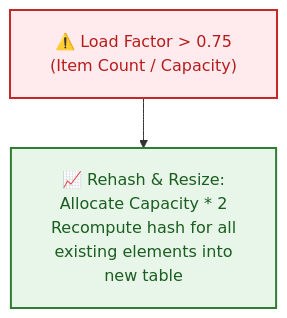
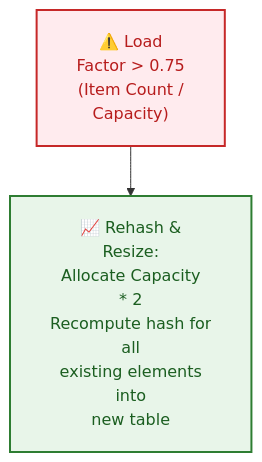
The sixth of 7 diagrams in week_03_foundations_iii_sorting_and_hashing/Week_03_Visual_Concepts_Playbook_HYBRID.md (dip4k/DSA_102), drawn with Mermaid before and after one commit. The commit also changed other lines of this file and 106 other files, not shown here.

First line of the commit message:
fix(mermaid): prevent text clipping with foreignObject overflow and tighter line wrapping

````diff
--- a/week_03_foundations_iii_sorting_and_hashing/Week_03_Visual_Concepts_Playbook_HYBRID.md
+++ b/week_03_foundations_iii_sorting_and_hashing/Week_03_Visual_Concepts_Playbook_HYBRID.md
@@ -488,11 +488,11 @@
 ```mermaid
-%%{init: {"flowchart": {"htmlLabels": true, "padding": 20}}}%%
+%%{init: {"flowchart": {"htmlLabels": true, "padding": 20}, "themeCSS": "foreignObject { overflow: visible !important; }"}}%%
 flowchart TD
     classDef alert fill:#ffebee,stroke:#c62828,stroke-width:2px,color:#b71c1c
     classDef grow fill:#e8f5e9,stroke:#2e7d32,stroke-width:2px,color:#1b5e20
 
-    Trigger["⚠️ Load Factor > 0.75<br/>(Item Count / Capacity)"]:::alert
-    Action["📈 Rehash & Resize:<br/>Allocate Capacity * 2<br/>Recompute hash for all<br/>existing elements into<br/>new table"]:::grow
+    Trigger["⚠️ Load<br/>Factor > 0.75<br/>(Item Count /<br/>Capacity)"]:::alert
+    Action["📈 Rehash &<br/>Resize:<br/>Allocate Capacity<br/>* 2<br/>Recompute hash for<br/>all<br/>existing elements<br/>into<br/>new table"]:::grow
 
     Trigger --> Action
 ```
````
